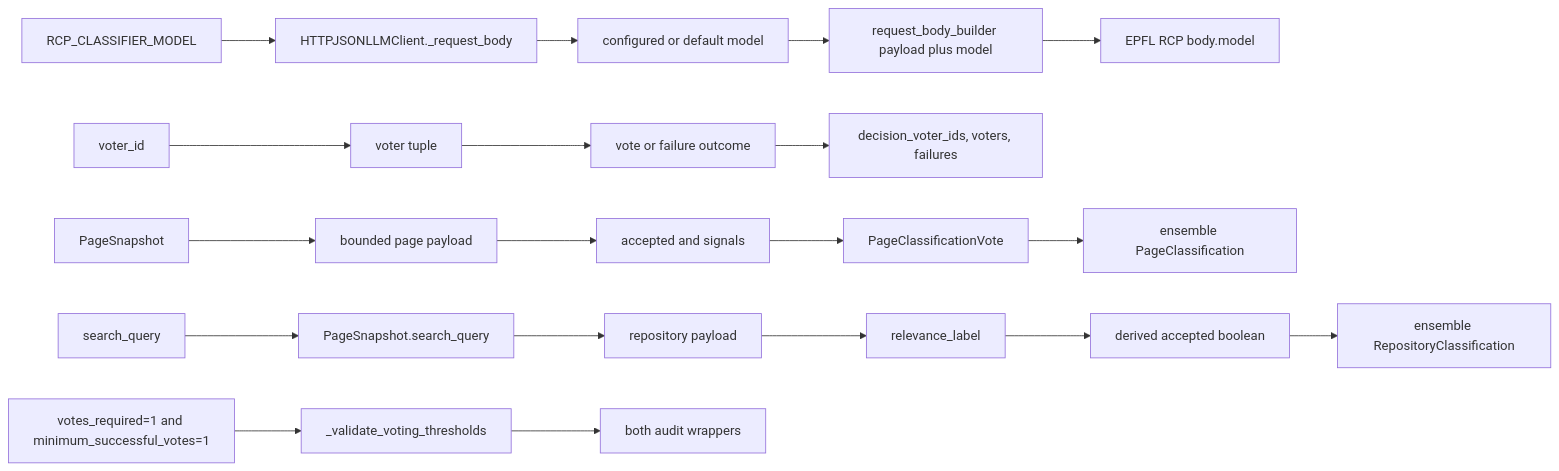
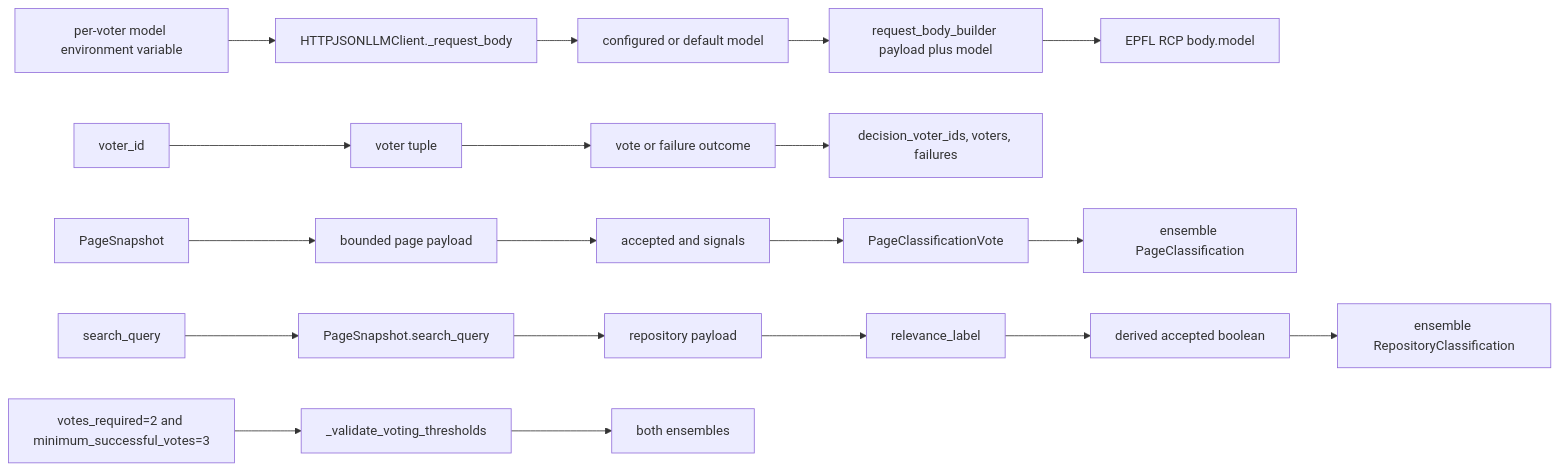
One commit to nicolasberlin/global-health-dataset-catalog changed the fifth of 5 diagrams in docs/classification-architecture.md. Above: the diagram before and after it, drawn with Mermaid. The commit also changed other lines of this file and 52 other files, not shown here.

````diff
--- a/docs/classification-architecture.md
+++ b/docs/classification-architecture.md
@@ -397,13 +396,13 @@
 ```mermaid
 flowchart LR
-    ModelEnv["RCP_CLASSIFIER_MODEL"] --> Load["HTTPJSONLLMClient._request_body"] --> Model["configured or default model"]
+    ModelEnv["per-voter model environment variable"] --> Load["HTTPJSONLLMClient._request_body"] --> Model["configured or default model"]
     Model --> Builder["request_body_builder payload plus model"] --> APIBody["EPFL RCP body.model"]
 
     VoterId["voter_id"] --> Pair["voter tuple"] --> Outcome["vote or failure outcome"] --> Audit["decision_voter_ids, voters, failures"]
 
     Page["PageSnapshot"] --> PagePayload["bounded page payload"] --> RawPage["accepted and signals"] --> PageVote["PageClassificationVote"] --> PageDecision["ensemble PageClassification"]
 
     Query["search_query"] --> RepoPage["PageSnapshot.search_query"] --> RepoPayload["repository payload"] --> Label["relevance_label"] --> Derived["derived accepted boolean"] --> RepoDecision["ensemble RepositoryClassification"]
 
-    Thresholds["votes_required=1 and minimum_successful_votes=1"] --> Validate["_validate_voting_thresholds"] --> Both["both audit wrappers"]
+    Thresholds["votes_required=2 and minimum_successful_votes=3"] --> Validate["_validate_voting_thresholds"] --> Both["both ensembles"]
 ```
````
